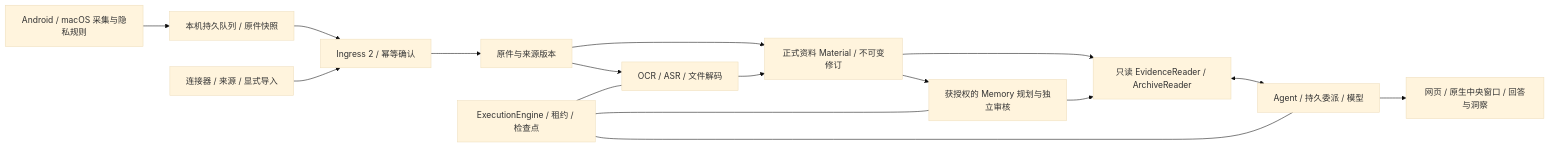
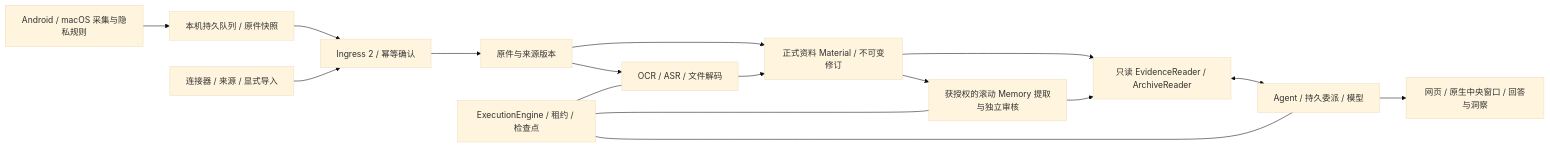
Before and after one commit to utopiafar/mote: the diagram in docs/architecture.md, drawn with Mermaid (base theme). The commit also changed other lines of this file and 7 other files, not shown here.

Commit message:
Align current architecture docs and generated import validation

````diff
--- a/docs/architecture.md
+++ b/docs/architecture.md
@@ -5,18 +5,18 @@
 ```mermaid
 flowchart LR
   C[Android / macOS 采集与隐私规则] --> Q[本机持久队列 / 原件快照]
   Q --> I[Ingress 2 / 幂等确认]
   S[连接器 / 来源 / 显式导入] --> I
   I --> R[原件与来源版本]
   R --> M[正式资料 Material / 不可变修订]
   R --> P[OCR / ASR / 文件解码]
   P --> M
   M --> E[只读 EvidenceReader / ArchiveReader]
-  M --> W[获授权的 Memory 规划与独立审核]
+  M --> W[获授权的滚动 Memory 提取与独立审核]
   W --> E
   E <--> A[Agent / 持久委派 / 模型]
   A --> U[网页 / 原生中央窗口 / 回答与洞察]
   X[ExecutionEngine / 租约 / 检查点] --- P
   X --- W
   X --- A
 ```
````
